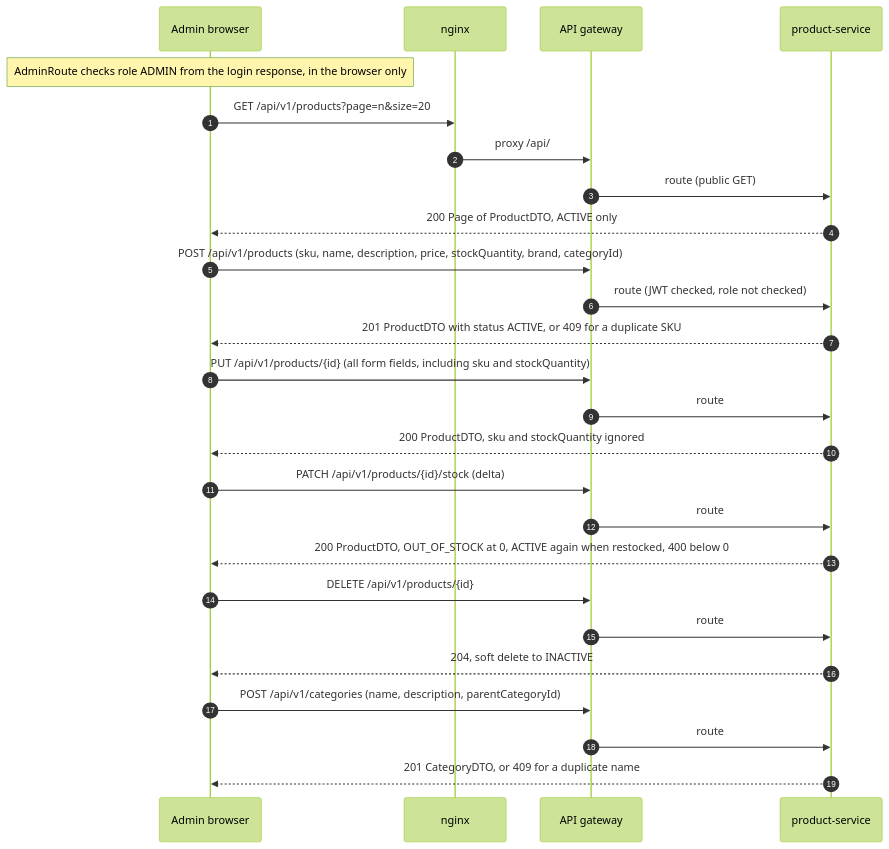
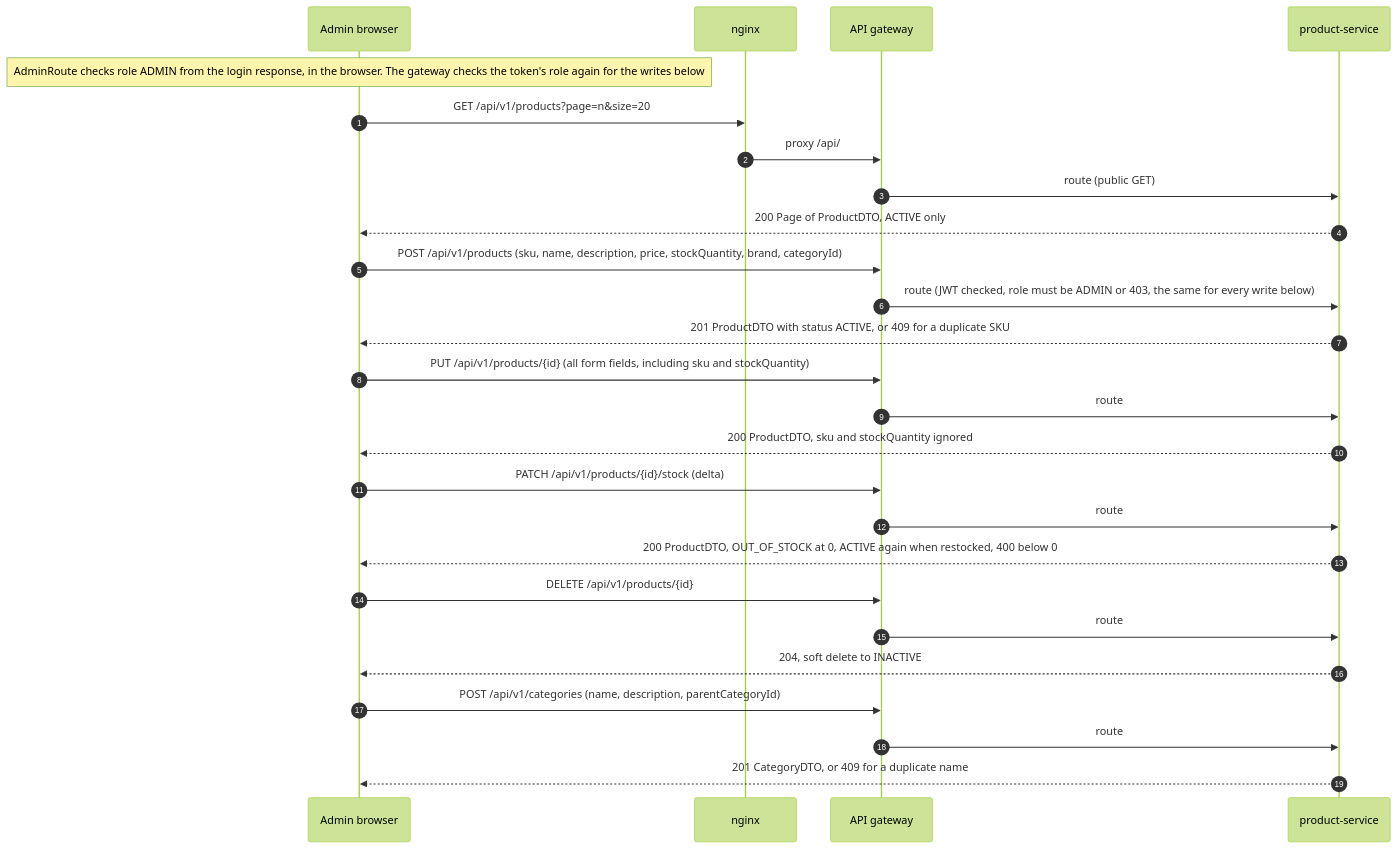
Before and after one commit to bmcnpnr/ecommerce-platform: the seventh of 9 diagrams in docs/frontend.md, drawn with Mermaid (forest theme). The commit also changed other lines of this file and 58 other files, not shown here.

````diff
--- a/docs/frontend.md
+++ b/docs/frontend.md
@@ -597,28 +635,28 @@
 ```mermaid
 sequenceDiagram
     autonumber
     participant A as Admin browser
     participant N as nginx
     participant G as API gateway
     participant P as product-service
-    Note over A: AdminRoute checks role ADMIN from the login response, in the browser only
+    Note over A: AdminRoute checks role ADMIN from the login response, in the browser. The gateway checks the token's role again for the writes below
     A->>N: GET /api/v1/products?page=n&size=20
     N->>G: proxy /api/
     G->>P: route (public GET)
     P-->>A: 200 Page of ProductDTO, ACTIVE only
     A->>G: POST /api/v1/products (sku, name, description, price, stockQuantity, brand, categoryId)
-    G->>P: route (JWT checked, role not checked)
+    G->>P: route (JWT checked, role must be ADMIN or 403, the same for every write below)
     P-->>A: 201 ProductDTO with status ACTIVE, or 409 for a duplicate SKU
     A->>G: PUT /api/v1/products/{id} (all form fields, including sku and stockQuantity)
     G->>P: route
     P-->>A: 200 ProductDTO, sku and stockQuantity ignored
     A->>G: PATCH /api/v1/products/{id}/stock (delta)
     G->>P: route
     P-->>A: 200 ProductDTO, OUT_OF_STOCK at 0, ACTIVE again when restocked, 400 below 0
     A->>G: DELETE /api/v1/products/{id}
     G->>P: route
     P-->>A: 204, soft delete to INACTIVE
     A->>G: POST /api/v1/categories (name, description, parentCategoryId)
     G->>P: route
     P-->>A: 201 CategoryDTO, or 409 for a duplicate name
 ```
````
